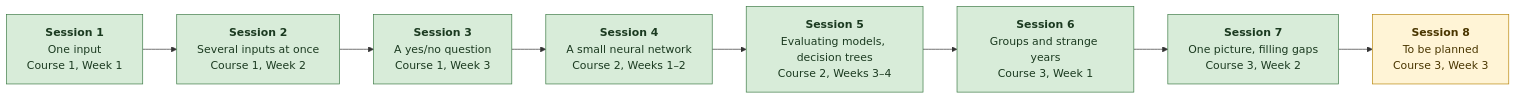
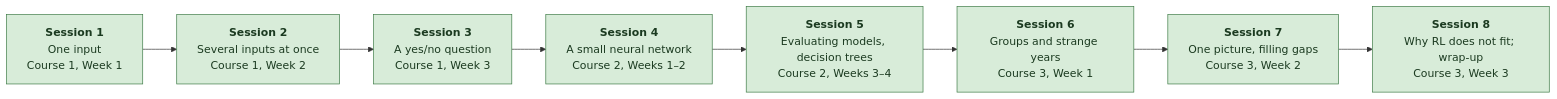
One commit to penelopemichou/austerity-ml changed the first of 2 diagrams in PROGRESS.md. Above: the diagram before and after it, drawn with Mermaid. The commit also changed other lines of this file and 6 other files, not shown here.

First line of the commit message:
Add Session 8: why reinforcement learning does not fit, and a wrap-up

````diff
--- a/PROGRESS.md
+++ b/PROGRESS.md
@@ -13,7 +42,7 @@
 ```mermaid
 flowchart LR
-    S1["<b>Session 1</b><br/>One input<br/>Course 1, Week 1"]:::done --> S2["<b>Session 2</b><br/>Several inputs at once<br/>Course 1, Week 2"]:::done --> S3["<b>Session 3</b><br/>A yes/no question<br/>Course 1, Week 3"]:::done --> S4["<b>Session 4</b><br/>A small neural network<br/>Course 2, Weeks 1–2"]:::done --> S5["<b>Session 5</b><br/>Evaluating models, decision trees<br/>Course 2, Weeks 3–4"]:::done --> S6["<b>Session 6</b><br/>Groups and strange years<br/>Course 3, Week 1"]:::done --> S7["<b>Session 7</b><br/>One picture, filling gaps<br/>Course 3, Week 2"]:::done --> S8["<b>Session 8</b><br/>To be planned<br/>Course 3, Week 3"]:::next
+    S1["<b>Session 1</b><br/>One input<br/>Course 1, Week 1"]:::done --> S2["<b>Session 2</b><br/>Several inputs at once<br/>Course 1, Week 2"]:::done --> S3["<b>Session 3</b><br/>A yes/no question<br/>Course 1, Week 3"]:::done --> S4["<b>Session 4</b><br/>A small neural network<br/>Course 2, Weeks 1–2"]:::done --> S5["<b>Session 5</b><br/>Evaluating models, decision trees<br/>Course 2, Weeks 3–4"]:::done --> S6["<b>Session 6</b><br/>Groups and strange years<br/>Course 3, Week 1"]:::done --> S7["<b>Session 7</b><br/>One picture, filling gaps<br/>Course 3, Week 2"]:::done --> S8["<b>Session 8</b><br/>Why RL does not fit; wrap-up<br/>Course 3, Week 3"]:::done
     classDef done fill:#d8ecd9,stroke:#3c7a45,color:#1b3a20
     classDef next fill:#fff4d6,stroke:#b8860b,color:#4a3600
     classDef later fill:#eeeeee,stroke:#999999,color:#555555
 ```
````
